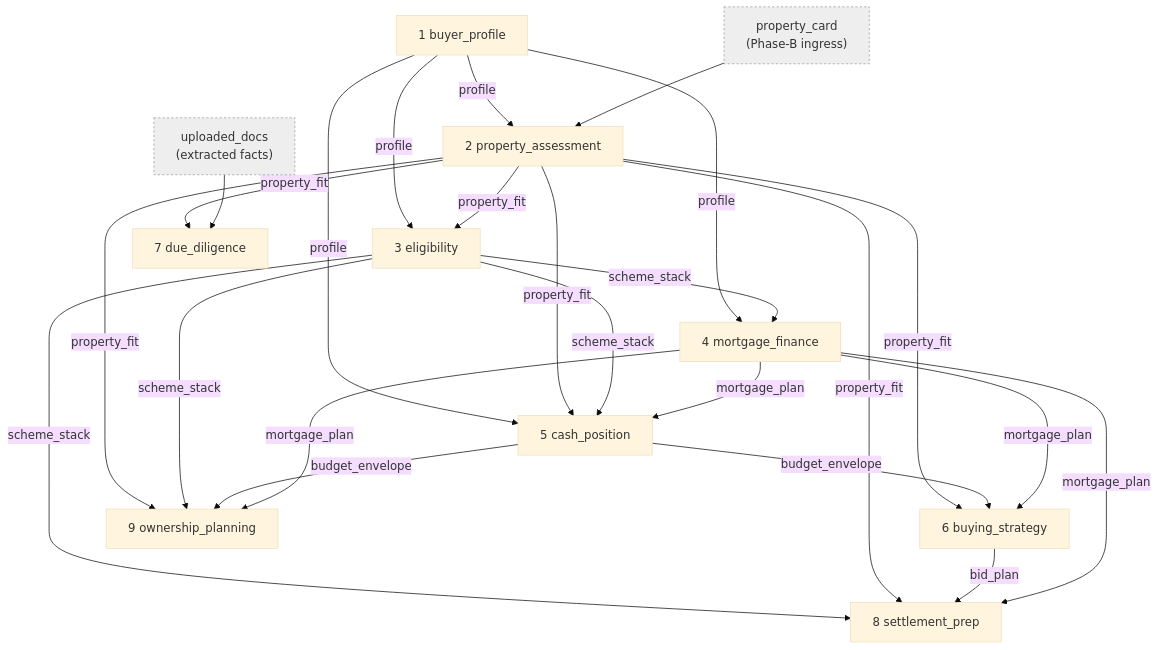
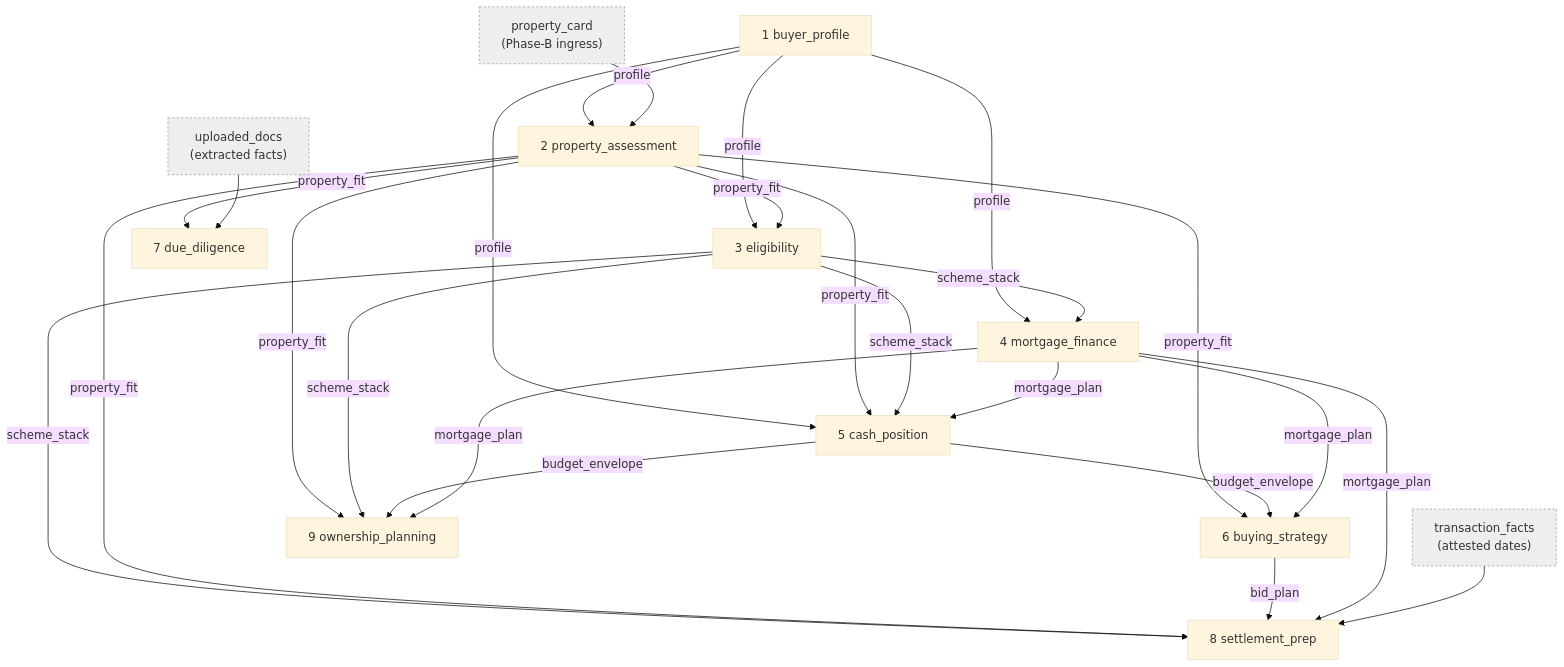
Before and after one commit to s27183/ancu: the third of 8 diagrams in docs/architecture/structure-map.md, drawn with Mermaid (base theme). The commit also changed other lines of this file and 5 other files, not shown here.

````diff
--- a/docs/architecture/structure-map.md
+++ b/docs/architecture/structure-map.md
@@ -121,31 +121,33 @@
 ```mermaid
 flowchart TB
   PC["property_card<br/>(Phase-B ingress)"]:::ext
   UD["uploaded_docs<br/>(extracted facts)"]:::ext
+  TX["transaction_facts<br/>(attested dates)"]:::ext
 
   C1["1 buyer_profile"] -->|"profile"| C2["2 property_assessment"]
   PC --> C2
   C1 -->|"profile"| C3["3 eligibility"]
   C2 -->|"property_fit"| C3
   C1 -->|"profile"| C4["4 mortgage_finance"]
   C3 -->|"scheme_stack"| C4
   C1 -->|"profile"| C5["5 cash_position"]
   C2 -->|"property_fit"| C5
   C3 -->|"scheme_stack"| C5
   C4 -->|"mortgage_plan"| C5
   C2 -->|"property_fit"| C6["6 buying_strategy"]
   C5 -->|"budget_envelope"| C6
   C4 -->|"mortgage_plan"| C6
   C2 -->|"property_fit"| C7["7 due_diligence"]
   UD --> C7
   C3 -->|"scheme_stack"| C8["8 settlement_prep"]
   C2 -->|"property_fit"| C8
   C6 -->|"bid_plan"| C8
   C4 -->|"mortgage_plan"| C8
+  TX --> C8
   C2 -->|"property_fit"| C9["9 ownership_planning"]
   C3 -->|"scheme_stack"| C9
   C5 -->|"budget_envelope"| C9
   C4 -->|"mortgage_plan"| C9
 
   classDef ext fill:#eee,stroke:#999,stroke-dasharray:3 3;
 ```
````
